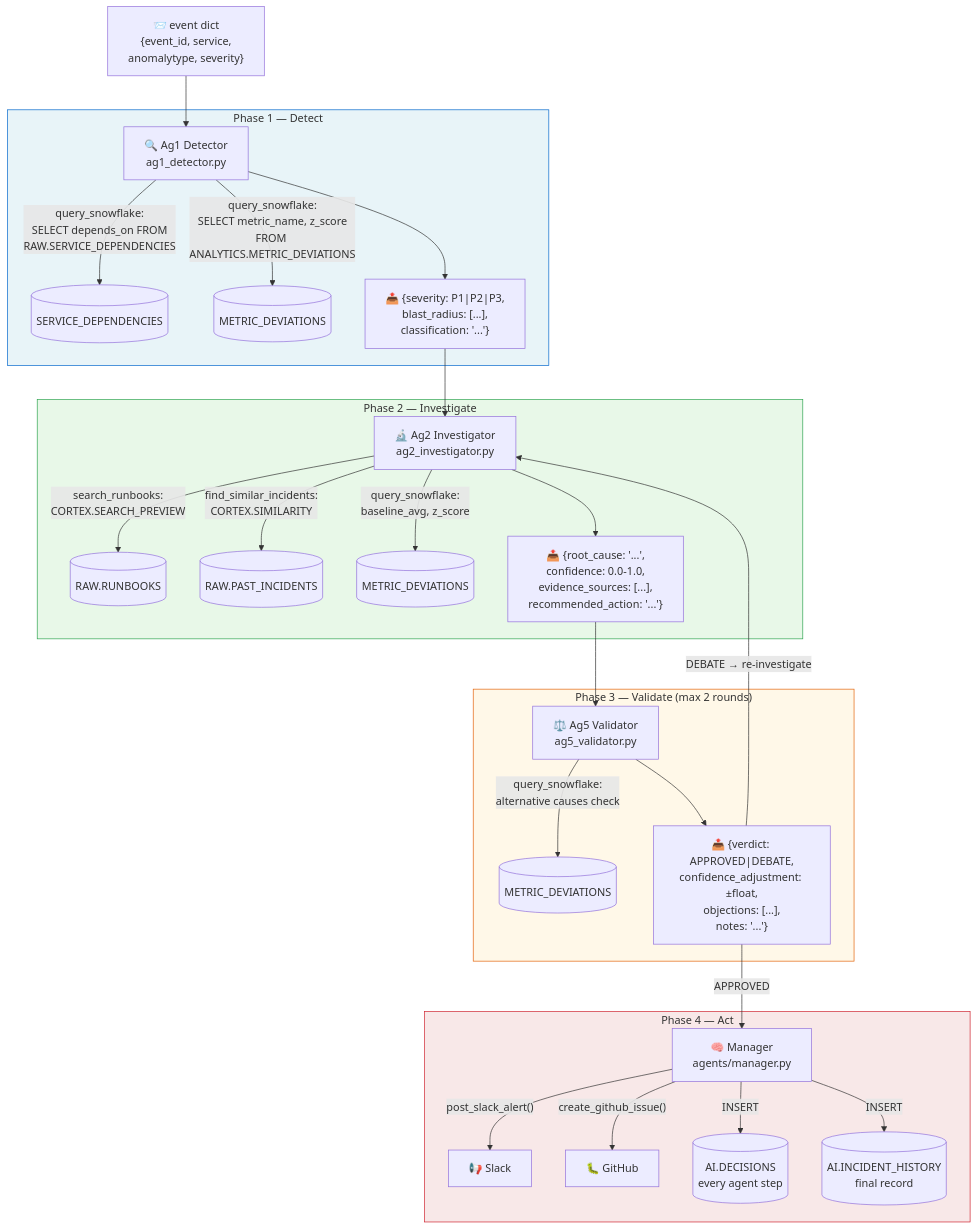
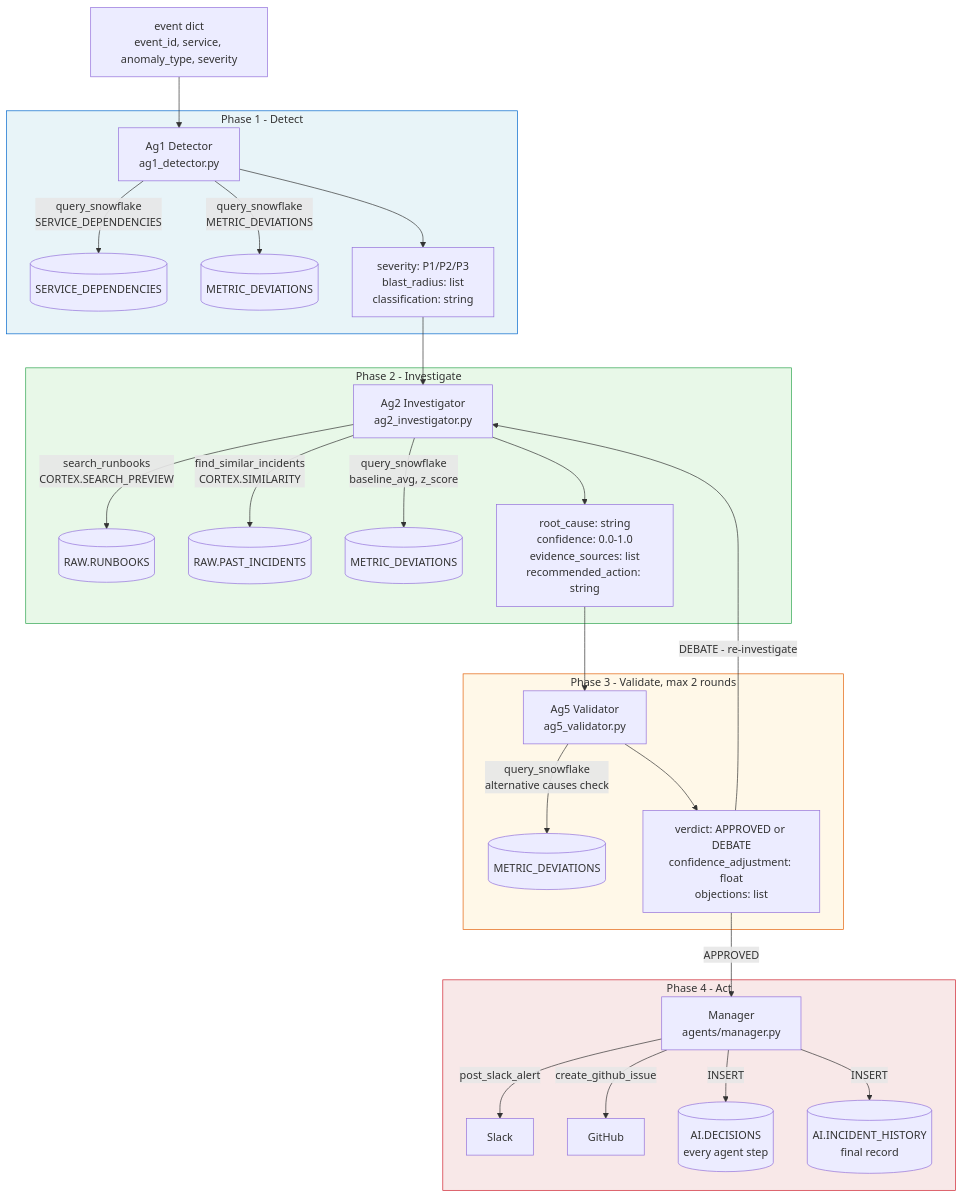
The second of 6 diagrams in ARCHITECTURE.md (theshubh007/IncidentDNA), drawn with Mermaid before and after one commit. The commit also changed other lines of this file, not shown here.

Commit message:
fix: replace \n and em-dashes in Mermaid diagrams for universal rendering

````diff
--- a/ARCHITECTURE.md
+++ b/ARCHITECTURE.md
@@ -72,47 +76,47 @@
 ```mermaid
 flowchart TD
-    EVT["📨 event dict\n{event_id, service,\nanomalytype, severity}"]
+    EVT["event dict<br/>event_id, service, anomaly_type, severity"]
 
     EVT --> AG1
 
-    subgraph P1["Phase 1 — Detect"]
-        AG1["🔍 Ag1 Detector\nag1_detector.py"]
-        AG1 -->|"query_snowflake:\nSELECT depends_on FROM\nRAW.SERVICE_DEPENDENCIES"| SF_DEP[("SERVICE_DEPENDENCIES")]
-        AG1 -->|"query_snowflake:\nSELECT metric_name, z_score\nFROM ANALYTICS.METRIC_DEVIATIONS"| SF_MET[("METRIC_DEVIATIONS")]
-        AG1 --> OUT1["📤 {severity: P1|P2|P3,\nblast_radius: [...],\nclassification: '...'}"]
+    subgraph P1["Phase 1 - Detect"]
+        AG1["Ag1 Detector<br/>ag1_detector.py"]
+        AG1 -->|"query_snowflake<br/>SERVICE_DEPENDENCIES"| SF_DEP[("SERVICE_DEPENDENCIES")]
+        AG1 -->|"query_snowflake<br/>METRIC_DEVIATIONS"| SF_MET[("METRIC_DEVIATIONS")]
+        AG1 --> OUT1["severity: P1/P2/P3<br/>blast_radius: list<br/>classification: string"]
     end
 
     OUT1 --> AG2
 
-    subgraph P2["Phase 2 — Investigate"]
-        AG2["🔬 Ag2 Investigator\nag2_investigator.py"]
-        AG2 -->|"search_runbooks:\nCORTEX.SEARCH_PREVIEW"| SF_RB[("RAW.RUNBOOKS")]
-        AG2 -->|"find_similar_incidents:\nCORTEX.SIMILARITY"| SF_PI[("RAW.PAST_INCIDENTS")]
-        AG2 -->|"query_snowflake:\nbaseline_avg, z_score"| SF_MET2[("METRIC_DEVIATIONS")]
-        AG2 --> OUT2["📤 {root_cause: '...',\nconfidence: 0.0-1.0,\nevidence_sources: [...],\nrecommended_action: '...'}"]
+    subgraph P2["Phase 2 - Investigate"]
+        AG2["Ag2 Investigator<br/>ag2_investigator.py"]
+        AG2 -->|"search_runbooks<br/>CORTEX.SEARCH_PREVIEW"| SF_RB[("RAW.RUNBOOKS")]
+        AG2 -->|"find_similar_incidents<br/>CORTEX.SIMILARITY"| SF_PI[("RAW.PAST_INCIDENTS")]
+        AG2 -->|"query_snowflake<br/>baseline_avg, z_score"| SF_MET2[("METRIC_DEVIATIONS")]
+        AG2 --> OUT2["root_cause: string<br/>confidence: 0.0-1.0<br/>evidence_sources: list<br/>recommended_action: string"]
     end
 
     OUT2 --> AG5
 
-    subgraph P3["Phase 3 — Validate (max 2 rounds)"]
-        AG5["⚖️ Ag5 Validator\nag5_validator.py"]
-        AG5 -->|"query_snowflake:\nalternative causes check"| SF_MET3[("METRIC_DEVIATIONS")]
-        AG5 --> OUT3["📤 {verdict: APPROVED|DEBATE,\nconfidence_adjustment: ±float,\nobjections: [...],\nnotes: '...'}"]
+    subgraph P3["Phase 3 - Validate, max 2 rounds"]
+        AG5["Ag5 Validator<br/>ag5_validator.py"]
+        AG5 -->|"query_snowflake<br/>alternative causes check"| SF_MET3[("METRIC_DEVIATIONS")]
+        AG5 --> OUT3["verdict: APPROVED or DEBATE<br/>confidence_adjustment: float<br/>objections: list"]
     end
 
-    OUT3 -->|"DEBATE → re-investigate"| AG2
+    OUT3 -->|"DEBATE - re-investigate"| AG2
     OUT3 -->|"APPROVED"| MGR
 
-    subgraph P4["Phase 4 — Act"]
-        MGR["🧠 Manager\nagents/manager.py"]
-        MGR -->|"post_slack_alert()"| SLA["📢 Slack"]
-        MGR -->|"create_github_issue()"| GHA["🐛 GitHub"]
-        MGR -->|"INSERT"| DEC[("AI.DECISIONS\nevery agent step")]
-        MGR -->|"INSERT"| INC[("AI.INCIDENT_HISTORY\nfinal record")]
+    subgraph P4["Phase 4 - Act"]
+        MGR["Manager<br/>agents/manager.py"]
+        MGR -->|"post_slack_alert"| SLA["Slack"]
+        MGR -->|"create_github_issue"| GHA["GitHub"]
+        MGR -->|"INSERT"| DEC[("AI.DECISIONS<br/>every agent step")]
+        MGR -->|"INSERT"| INC[("AI.INCIDENT_HISTORY<br/>final record")]
     end
 
     style P1 fill:#e8f4f8,stroke:#0066cc
     style P2 fill:#e8f8e8,stroke:#2da44e
     style P3 fill:#fff8e8,stroke:#e36209
     style P4 fill:#f8e8e8,stroke:#cf222e
 ```
````
